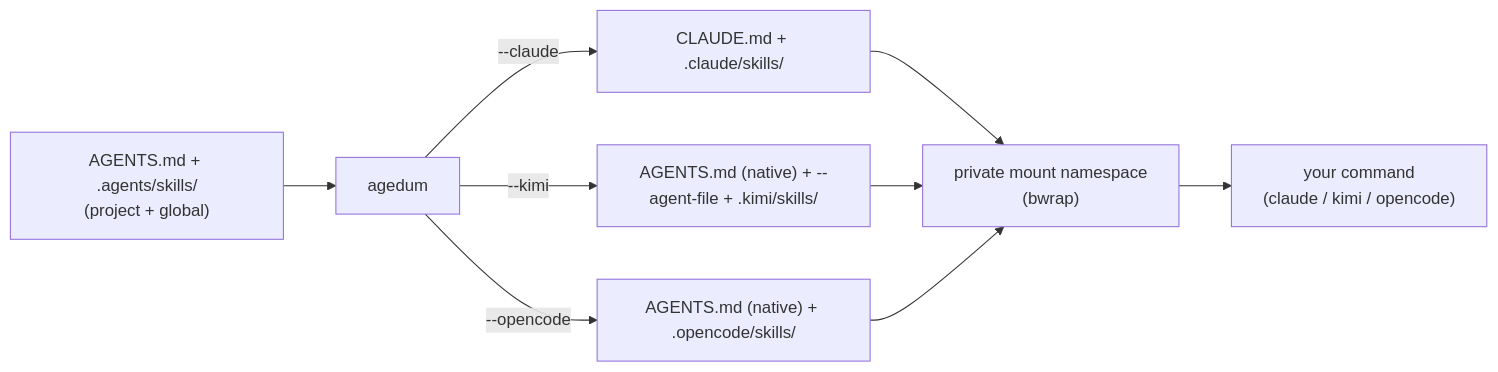
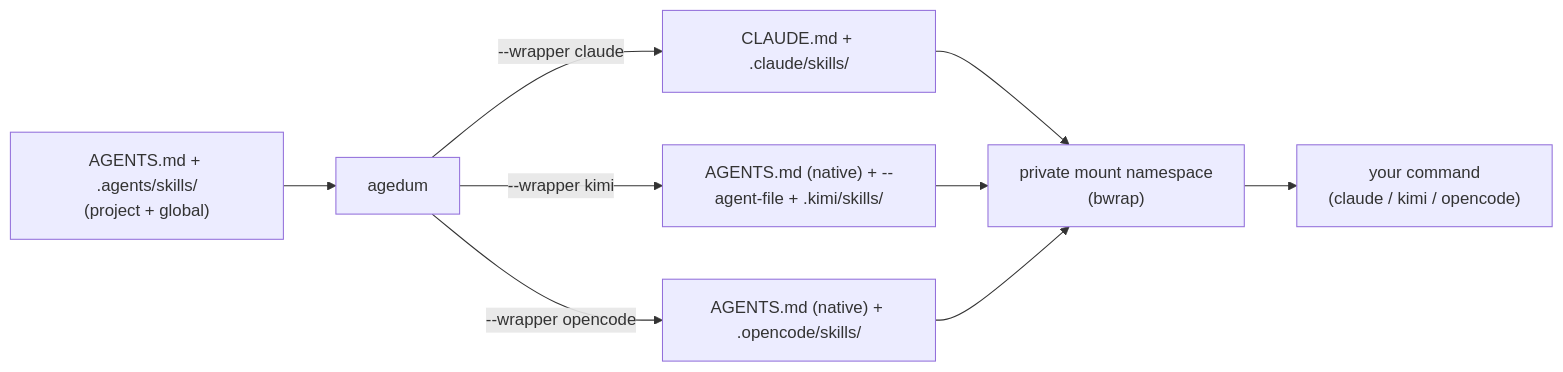
Before and after one commit to vcoeur/agedum: the diagram in docs/index.md, drawn with Mermaid. The commit also changed other lines of this file and 10 other files, not shown here.

````diff
--- a/docs/index.md
+++ b/docs/index.md
@@ -59,11 +61,11 @@
 ```mermaid
 flowchart LR
   src["AGENTS.md + .agents/skills/<br/>(project + global)"] --> agedum
-  agedum -->|"--claude"| cl["CLAUDE.md + .claude/skills/"]
-  agedum -->|"--kimi"| ki["AGENTS.md (native) + --agent-file + .kimi/skills/"]
-  agedum -->|"--opencode"| oc["AGENTS.md (native) + .opencode/skills/"]
+  agedum -->|"--wrapper claude"| cl["CLAUDE.md + .claude/skills/"]
+  agedum -->|"--wrapper kimi"| ki["AGENTS.md (native) + --agent-file + .kimi/skills/"]
+  agedum -->|"--wrapper opencode"| oc["AGENTS.md (native) + .opencode/skills/"]
   cl --> ns["private mount namespace<br/>(bwrap)"]
   ki --> ns
   oc --> ns
   ns --> cmd["your command<br/>(claude / kimi / opencode)"]
 ```
````
